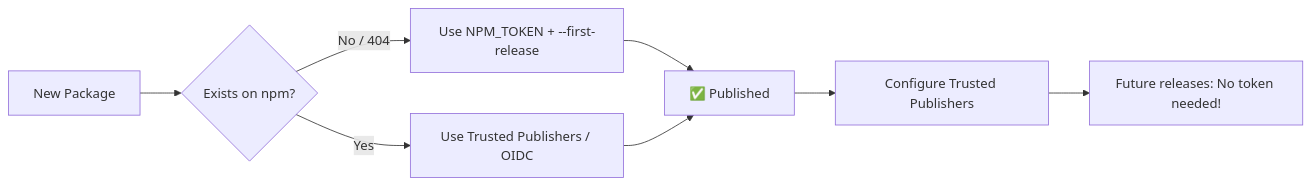
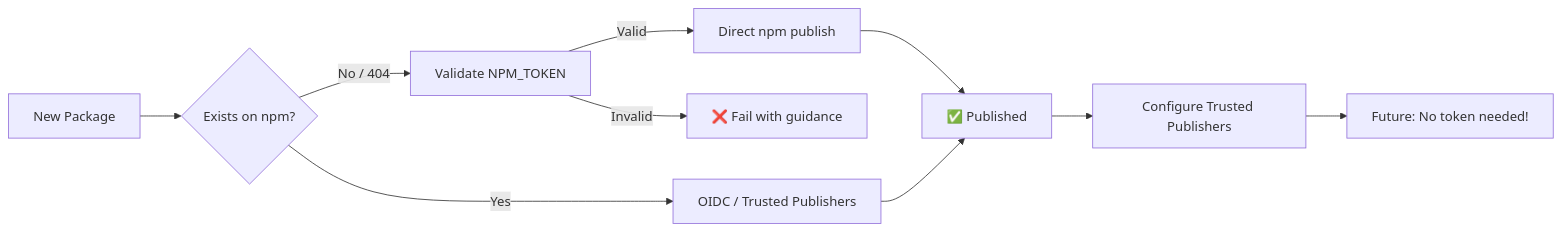
Before and after one commit to ofri-peretz/eslint: the second of 2 diagrams in .github/docs/NPM_AUTHENTICATION.md, drawn with Mermaid. The commit also changed other lines of this file and 3 other files, not shown here.

First line of the commit message:
fix(release): add NPM_TOKEN fallback for first releases (R16)

````diff
--- a/.github/docs/NPM_AUTHENTICATION.md
+++ b/.github/docs/NPM_AUTHENTICATION.md
@@ -113,10 +113,12 @@
 ```mermaid
 flowchart LR
     A[New Package] --> B{Exists on npm?}
-    B -->|No / 404| C[Use NPM_TOKEN + --first-release]
-    B -->|Yes| D[Use Trusted Publishers / OIDC]
-    C --> E[✅ Published]
-    D --> E
-    E --> F[Configure Trusted Publishers]
-    F --> G[Future releases: No token needed!]
+    B -->|No / 404| C[Validate NPM_TOKEN]
+    C -->|Valid| D[Direct npm publish]
+    C -->|Invalid| E[❌ Fail with guidance]
+    B -->|Yes| F[OIDC / Trusted Publishers]
+    D --> G[✅ Published]
+    F --> G
+    G --> H[Configure Trusted Publishers]
+    H --> I[Future: No token needed!]
 ```
````
